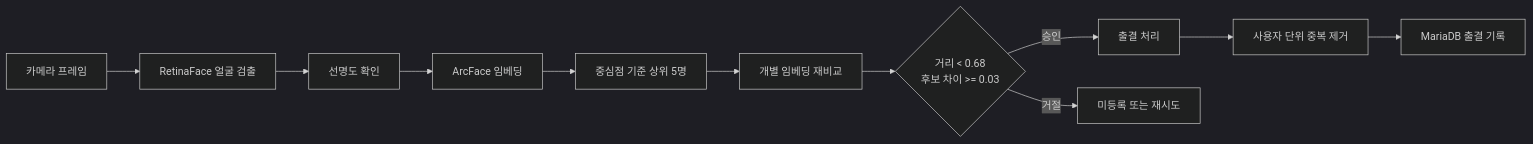
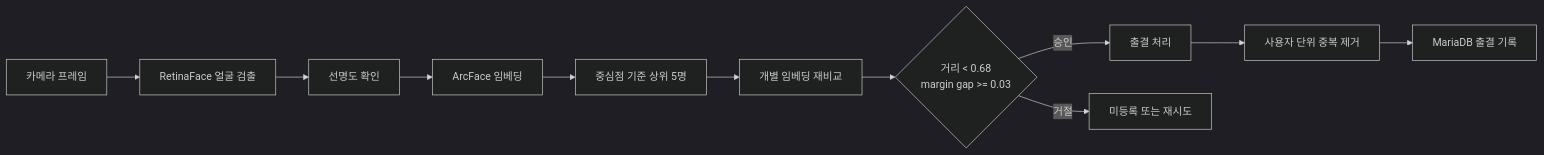
Before and after one commit to yoon-chan-hyeok/face-attendance-system: the diagram in README.md, drawn with Mermaid (dark theme). The commit also changed other lines of this file, not shown here.

````diff
--- a/README.md
+++ b/README.md
@@ -53,13 +59,13 @@
 ```mermaid
 flowchart LR
     C["카메라 프레임"] --> D["RetinaFace 얼굴 검출"]
     D --> Q["선명도 확인"]
     Q --> E["ArcFace 임베딩"]
     E --> M["중심점 기준 상위 5명"]
     M --> S["개별 임베딩 재비교"]
-    S --> G{"거리 < 0.68<br/>후보 차이 >= 0.03"}
+    S --> G{"거리 < 0.68<br/>margin gap >= 0.03"}
     G -->|승인| A["출결 처리"]
     G -->|거절| R["미등록 또는 재시도"]
     A --> U["사용자 단위 중복 제거"]
     U --> DB["MariaDB 출결 기록"]
 ```
````
